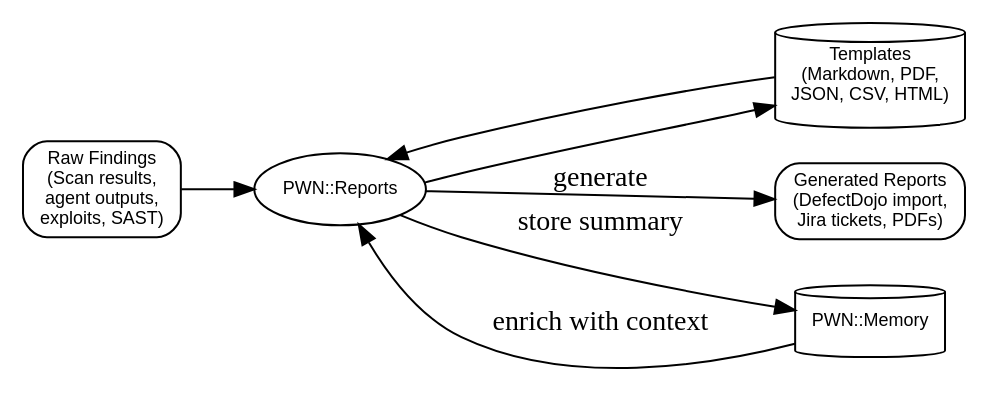
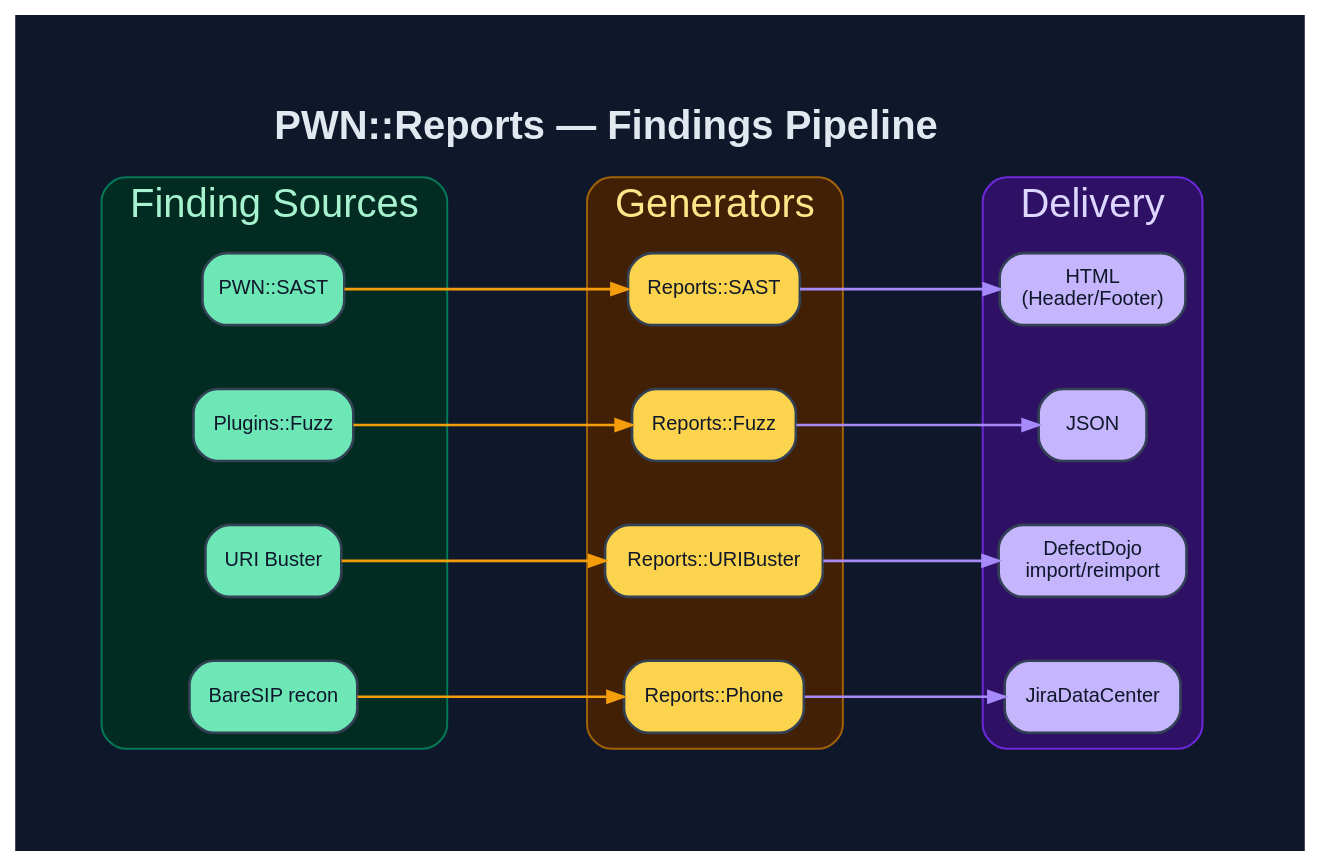
The diagram in documentation/diagrams/dot/reporting-pipeline.dot (0dayInc/pwn), drawn with Graphviz before and after one commit. The commit also changed 58 other files, not shown here.

```diff
--- a/documentation/diagrams/dot/reporting-pipeline.dot
+++ b/documentation/diagrams/dot/reporting-pipeline.dot
@@ -1,17 +1,46 @@
-digraph "PWN Reporting Pipeline" {
-  rankdir=LR;
-  node [shape=box, style=rounded, fontname="Arial", fontsize=9];
+digraph "PWN_Reports" {
+  graph [
+    label=<<B>PWN::Reports — Findings Pipeline</B>>,
+    labelloc=t, fontsize=20, fontname="Helvetica",
+    rankdir=LR, splines=spline, nodesep=0.45, ranksep=1.2,
+    bgcolor="#0f172a", fontcolor="#e2e8f0", pad=0.6, newrank=true
+  ];
+  node [fontname="Helvetica", fontsize=10, style="filled,rounded",
+        shape=box, penwidth=1.3, color="#334155", fontcolor="#0f172a"];
+  edge [fontname="Helvetica", fontsize=9, color="#94a3b8",
+        fontcolor="#cbd5e1", penwidth=1.3, arrowsize=0.8];
 
-  Findings [label="Raw Findings\n(Scan results,\nagent outputs,\nexploits, SAST)", shape=box];
-  Reports [label="PWN::Reports", shape=ellipse, fillcolor=lightgreen];
-  Templates [label="Templates\n(Markdown, PDF,\nJSON, CSV, HTML)", shape=cylinder];
-  Outputs [label="Generated Reports\n(DefectDojo import,\nJira tickets, PDFs)", shape=box];
-  Memory [label="PWN::Memory", shape=cylinder, fillcolor=lightyellow];
+  subgraph cluster_src {
+    label="Finding Sources"; fontcolor="#a7f3d0"; style=rounded;
+    color="#047857"; bgcolor="#022c22";
+    Sast [label="PWN::SAST",     fillcolor="#6ee7b7"];
+    Fuzz [label="Plugins::Fuzz", fillcolor="#6ee7b7"];
+    Uri  [label="URI Buster",    fillcolor="#6ee7b7"];
+    Phone[label="BareSIP recon", fillcolor="#6ee7b7"];
+  }
+  subgraph cluster_gen {
+    label="Generators"; fontcolor="#fde68a"; style=rounded;
+    color="#a16207"; bgcolor="#422006";
+    Rsast [label="Reports::SAST",      fillcolor="#fcd34d"];
+    Rfuzz [label="Reports::Fuzz",      fillcolor="#fcd34d"];
+    Ruri  [label="Reports::URIBuster", fillcolor="#fcd34d"];
+    Rphone[label="Reports::Phone",     fillcolor="#fcd34d"];
+  }
+  subgraph cluster_out {
+    label="Delivery"; fontcolor="#ddd6fe"; style=rounded;
+    color="#6d28d9"; bgcolor="#2e1065";
+    HTML [label="HTML\n(Header/Footer)", fillcolor="#c4b5fd"];
+    JSON [label="JSON",                   fillcolor="#c4b5fd"];
+    DD   [label="DefectDojo\nimport/reimport", fillcolor="#c4b5fd"];
+    Jira [label="JiraDataCenter",          fillcolor="#c4b5fd"];
+  }
 
-  Findings -> Reports;
-  Reports -> Templates;
-  Templates -> Reports;
-  Reports -> Outputs [label="generate"];
-  Reports -> Memory [label="store summary"];
-  Memory -> Reports [label="enrich with context"];
+  Sast  -> Rsast  [color="#f59e0b"];
+  Fuzz  -> Rfuzz  [color="#f59e0b"];
+  Uri   -> Ruri   [color="#f59e0b"];
+  Phone -> Rphone [color="#f59e0b"];
+  Rsast  -> HTML [color="#a78bfa"];
+  Rfuzz  -> JSON [color="#a78bfa"];
+  Ruri   -> DD   [color="#a78bfa"];
+  Rphone -> Jira [color="#a78bfa"];
 }
```
